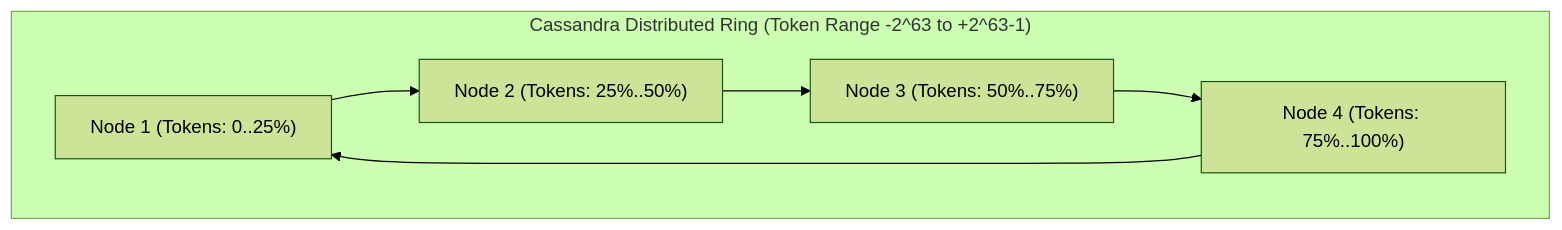
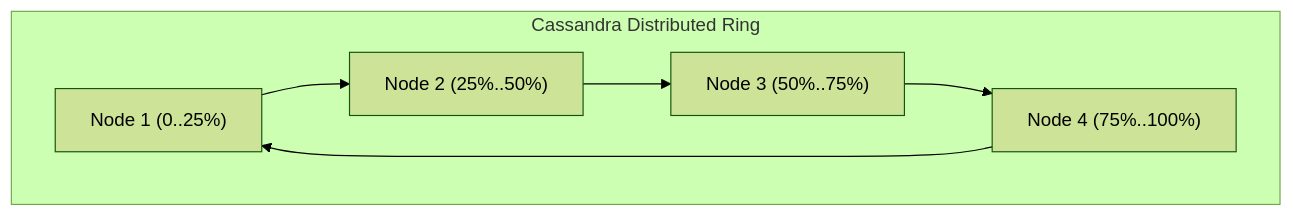
Before and after one commit to Sourav108/strivers-lld: the diagram in strivers-hld/07-Data-Partitioning-and-Consistent-Hashing/case-study.md, drawn with Mermaid (forest theme). The commit also changed 39 other files, not shown here.

Commit message:
fix(mermaid): wrap node labels, simplify diamonds, and reformat wide diagrams for perfect GitHub rendering

````diff
--- a/strivers-hld/07-Data-Partitioning-and-Consistent-Hashing/case-study.md
+++ b/strivers-hld/07-Data-Partitioning-and-Consistent-Hashing/case-study.md
@@ -7,9 +7,9 @@
 ```mermaid
 flowchart TD
-    subgraph CassandraRing["Cassandra Distributed Ring (Token Range -2^63 to +2^63-1)"]
-        Node1["Node 1 (Tokens: 0..25%)"] --> Node2["Node 2 (Tokens: 25%..50%)"]
-        Node2 --> Node3["Node 3 (Tokens: 50%..75%)"]
-        Node3 --> Node4["Node 4 (Tokens: 75%..100%)"]
+    subgraph CassandraRing["Cassandra Distributed Ring"]
+        Node1["Node 1 (0..25%)"] --> Node2["Node 2 (25%..50%)"]
+        Node2 --> Node3["Node 3 (50%..75%)"]
+        Node3 --> Node4["Node 4 (75%..100%)"]
         Node4 --> Node1
     end
 ```
````
